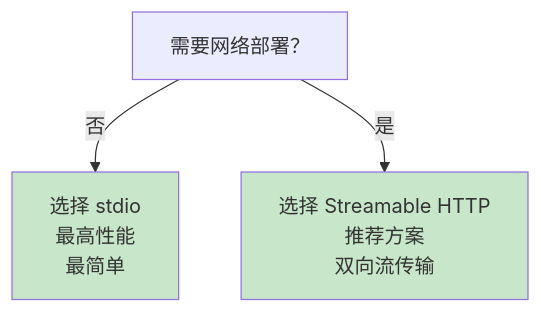
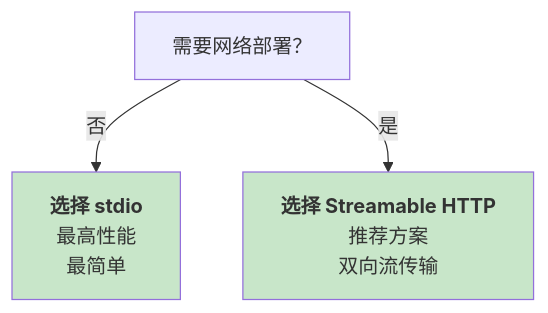
One commit to yeasy/harness_engineering_guide changed the third of 3 diagrams in 09_mcp/9.2_transport.md. Above: the diagram before and after it, drawn with Mermaid. The commit also changed other lines of this file and 15 other files, not shown here.

````diff
--- a/09_mcp/9.2_transport.md
+++ b/09_mcp/9.2_transport.md
@@ -425,8 +425,8 @@
 ```mermaid
 graph TD
-    A["需要网络部署？"] -->|否| B["选择 stdio<br/>最高性能<br/>最简单"]
-    A -->|是| C["选择 Streamable HTTP<br/>推荐方案<br/>双向流传输"]
+    A["需要网络部署？"] -->|否| B["<b>选择 stdio</b><br/>最高性能<br/>最简单"]
+    A -->|是| C["<b>选择 Streamable HTTP</b><br/>推荐方案<br/>双向流传输"]
 
     style B fill:#c8e6c9
     style C fill:#c8e6c9
 ```
````
